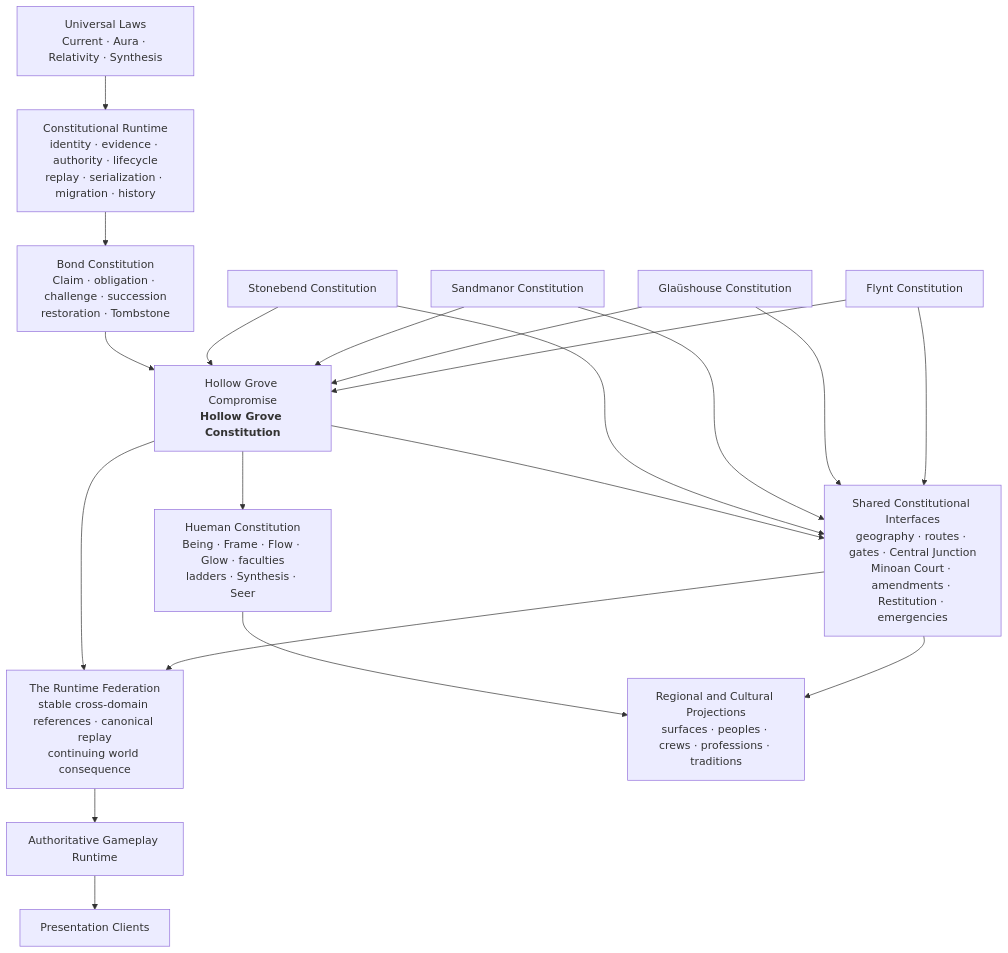
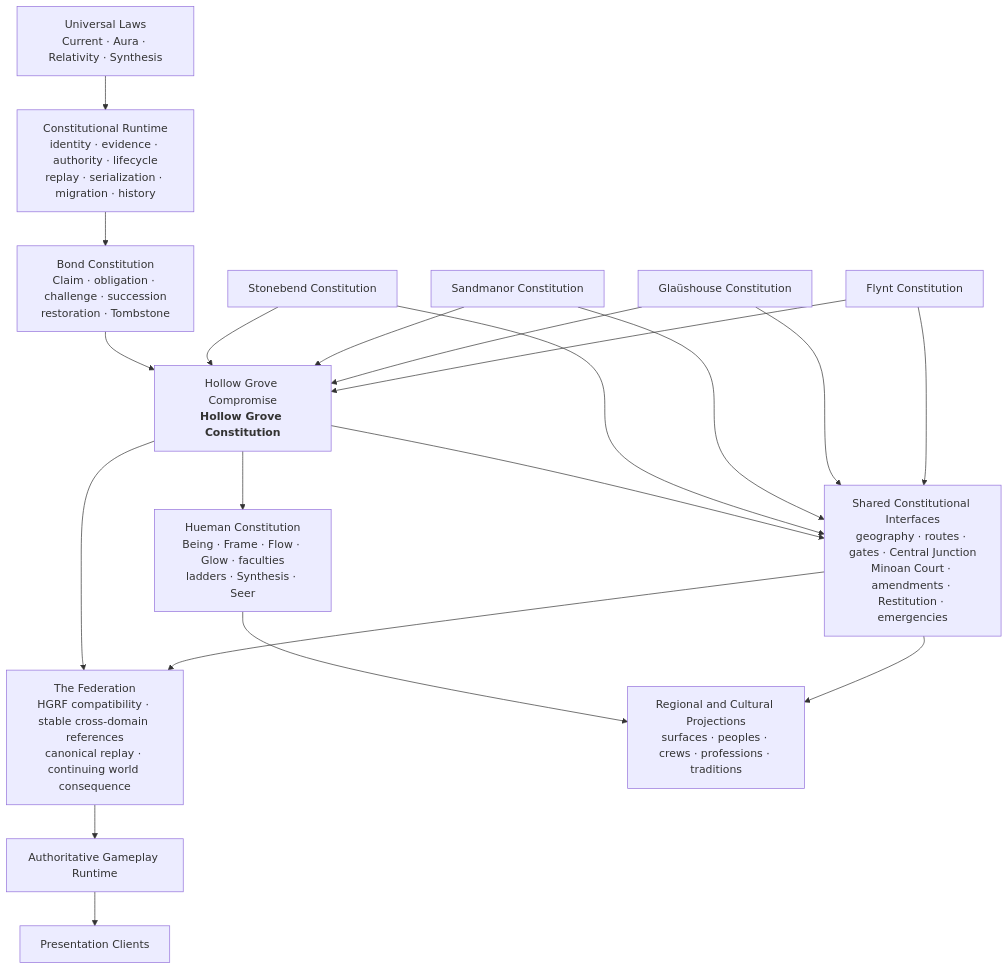
Before and after one commit to RoiLenox/hollow_grove: the first of 3 diagrams in HOLLOW_GROVE_CONSTITUTIONAL_ARCHITECTURE_V1.md, drawn with Mermaid. The commit also changed other lines of this file and 11 other files, not shown here.

````diff
--- a/HOLLOW_GROVE_CONSTITUTIONAL_ARCHITECTURE_V1.md
+++ b/HOLLOW_GROVE_CONSTITUTIONAL_ARCHITECTURE_V1.md
@@ -28,38 +28,38 @@
 ```mermaid
 flowchart TB
     UL["Universal Laws<br/>Current · Aura · Relativity · Synthesis"]
     RT["Constitutional Runtime<br/>identity · evidence · authority · lifecycle<br/>replay · serialization · migration · history"]
     BC["Bond Constitution<br/>Claim · obligation · challenge · succession<br/>restoration · Tombstone"]
     HG["Hollow Grove Compromise<br/><b>Hollow Grove Constitution</b>"]
-    RF["The Runtime Federation<br/>stable cross-domain references · canonical replay<br/>continuing world consequence"]
+    RF["The Federation<br/>HGRF compatibility · stable cross-domain references<br/>canonical replay · continuing world consequence"]
     GP["Authoritative Gameplay Runtime"]
     PX["Presentation Clients"]
 
     SB["Stonebend Constitution"]
     SA["Sandmanor Constitution"]
     GL["Glaüshouse Constitution"]
     FL["Flynt Constitution"]
     HU["Hueman Constitution<br/>Being · Frame · Flow · Glow · faculties<br/>ladders · Synthesis · Seer"]
     IF["Shared Constitutional Interfaces<br/>geography · routes · gates · Central Junction<br/>Minoan Court · amendments · Restitution · emergencies"]
     RP["Regional and Cultural Projections<br/>surfaces · peoples · crews · professions · traditions"]
 
     UL --> RT
     RT --> BC
     BC --> HG
     SB --> HG
     SA --> HG
     GL --> HG
     FL --> HG
     HG --> HU
     HG --> IF
     HG --> RF
     IF --> RF
     RF --> GP
     GP --> PX
     SB --> IF
     SA --> IF
     GL --> IF
     FL --> IF
     HU --> RP
     IF --> RP
 ```
````
